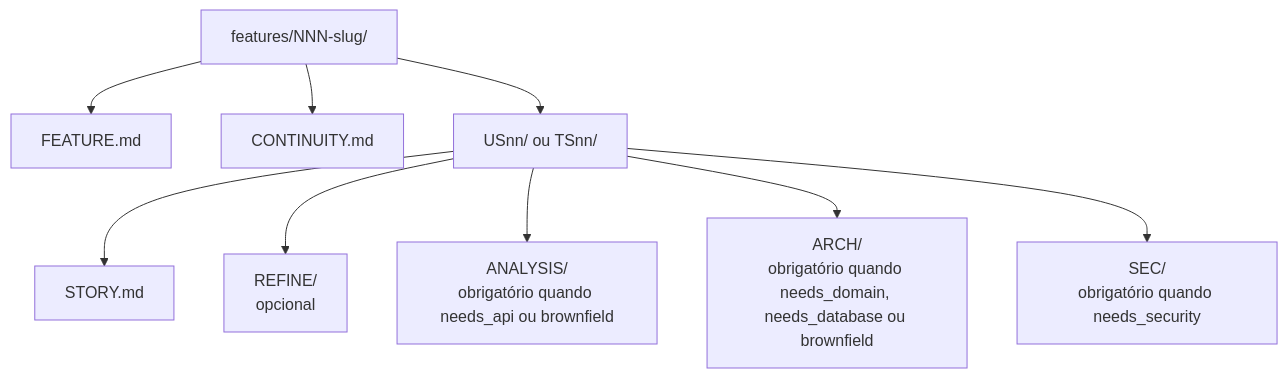
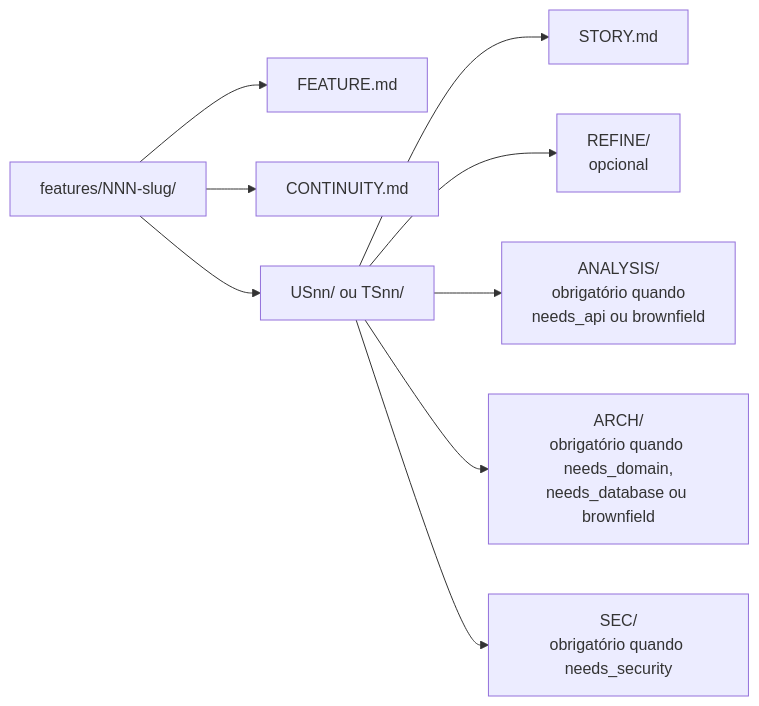
The second of 2 diagrams in docs-site/orchestrated-delivery.pt.md (tibursocampos/agent-dev-toolkit), drawn with Mermaid before and after one commit. The commit also changed other lines of this file and 3 other files, not shown here.

First line of the commit message:
docs: fix Mermaid label wrapping and diagram font

````diff
--- a/docs-site/orchestrated-delivery.pt.md
+++ b/docs-site/orchestrated-delivery.pt.md
@@ -133,12 +133,12 @@
 ```mermaid
-flowchart TD
+flowchart LR
   root["features/NNN-slug/"]
   root --> featureMd["FEATURE.md"]
   root --> continuity["CONTINUITY.md"]
   root --> story["USnn/ ou TSnn/"]
   story --> storyMd["STORY.md"]
   story --> refine["REFINE/<br/>opcional"]
-  story --> analysis["ANALYSIS/<br/>obrigatório quando needs_api ou brownfield"]
-  story --> arch["ARCH/<br/>obrigatório quando needs_domain, needs_database ou brownfield"]
+  story --> analysis["ANALYSIS/<br/>obrigatório quando<br/>needs_api ou brownfield"]
+  story --> arch["ARCH/<br/>obrigatório quando needs_domain,<br/>needs_database ou brownfield"]
   story --> sec["SEC/<br/>obrigatório quando needs_security"]
 ```
````
